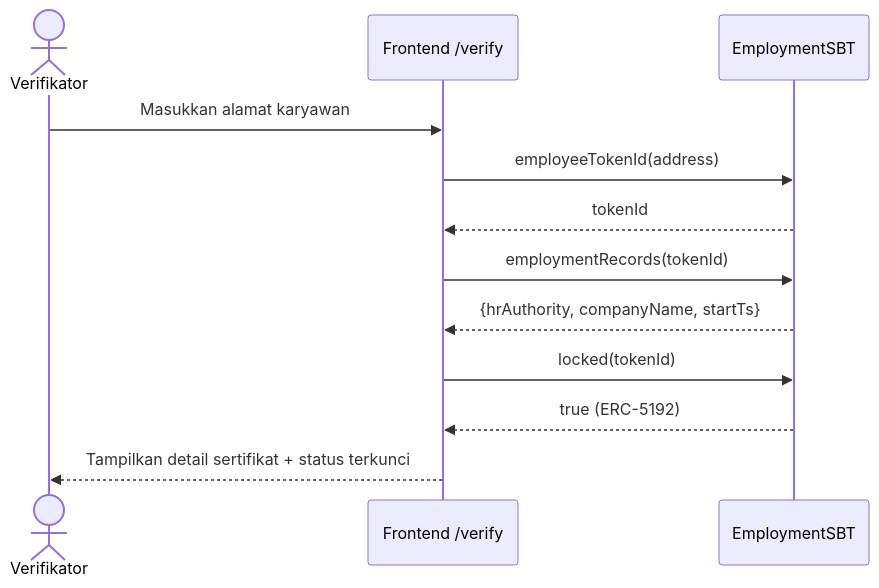
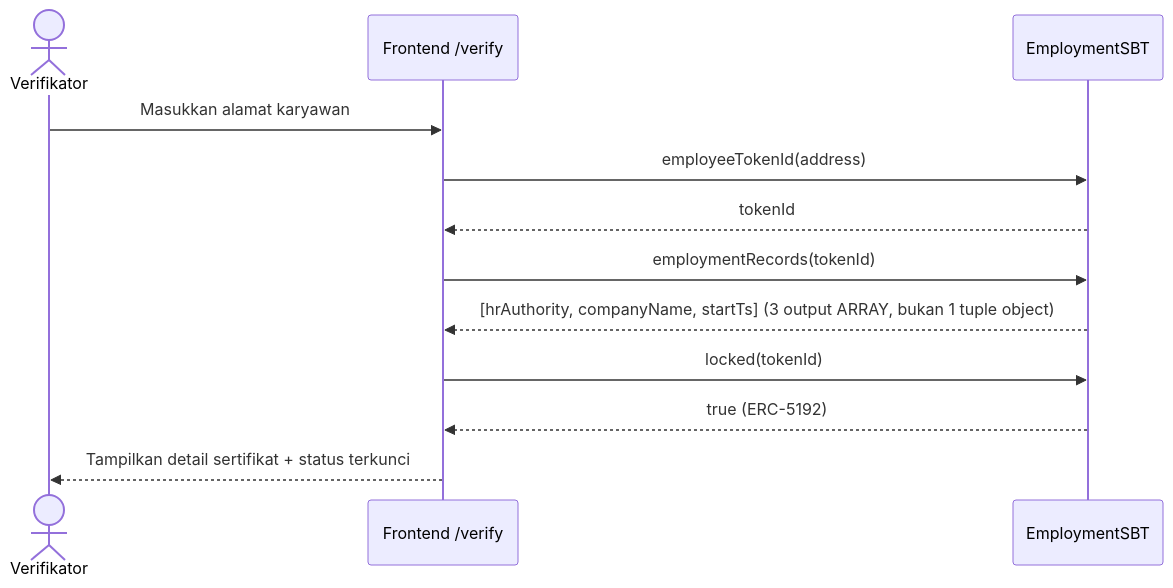
Diagram 16 of 46 in docs/DPPL.md (skripsi-payroll-dapp/docs), drawn with Mermaid before and after one commit. The commit also changed other lines of this file and 54 other files, not shown here.

````diff
--- a/docs/DPPL.md
+++ b/docs/DPPL.md
@@ -1960,14 +1969,14 @@
 ```mermaid
 sequenceDiagram
     actor V as Verifikator
     participant FE as Frontend /verify
     participant SC as EmploymentSBT
     V->>FE: Masukkan alamat karyawan
     FE->>SC: employeeTokenId(address)
     SC-->>FE: tokenId
     FE->>SC: employmentRecords(tokenId)
-    SC-->>FE: {hrAuthority, companyName, startTs}
+    SC-->>FE: [hrAuthority, companyName, startTs] (3 output ARRAY, bukan 1 tuple object)
     FE->>SC: locked(tokenId)
     SC-->>FE: true (ERC-5192)
     FE-->>V: Tampilkan detail sertifikat + status terkunci
 ```
````
